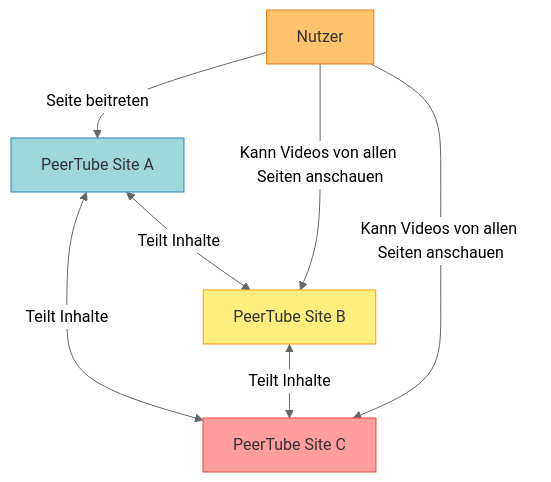
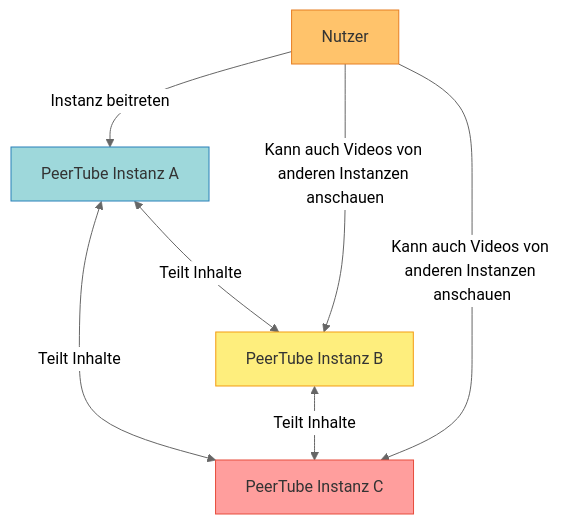
Before and after one commit to Y0ngg4n/peertube-presentation: the first of 5 diagrams in slides.md, drawn with Mermaid (neutral theme). The commit also changed other lines of this file, not shown here.

````diff
--- a/slides.md
+++ b/slides.md
@@ -85,15 +86,15 @@
 ```mermaid
 graph TD
-    A[PeerTube Site A] <-->|Teilt Inhalte| B[PeerTube Site B]
-    A <-->|Teilt Inhalte| C[PeerTube Site C]
+    A[PeerTube Instanz A] <-->|Teilt Inhalte| B[PeerTube Instanz B]
+    A <-->|Teilt Inhalte| C[PeerTube Instanz C]
     B <-->|Teilt Inhalte| C
     
-    User1[Nutzer] -->|Seite beitreten| A
-    User1 -->|Kann Videos von allen Seiten anschauen| B
-    User1 -->|Kann Videos von allen Seiten anschauen| C
+    User1[Nutzer] -->|Instanz beitreten| A
+    User1 -->|Kann auch Videos von anderen Instanzen anschauen| B
+    User1 -->|Kann auch Videos von anderen Instanzen anschauen| C
     
     style A fill:#9ED8DB,stroke:#2980B9,color:#333333
     style B fill:#FEEE7D,stroke:#F39C12,color:#333333
     style C fill:#FF9E9D,stroke:#E74C3C,color:#333333
     style User1 fill:#FFC36B,stroke:#E67E22,color:#333333
 ```
````
